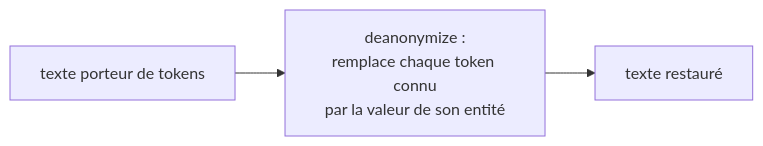
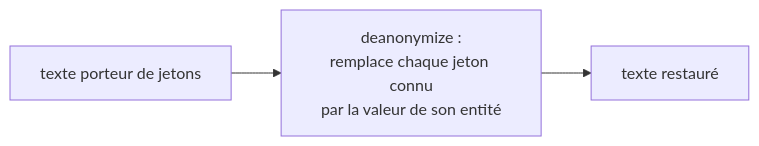
Before and after one commit to Athroniaeth/piighost: the fourth of 4 diagrams in docs/fr/conception.md, drawn with Mermaid. The commit also changed other lines of this file and 39 other files, not shown here.

````diff
--- a/docs/fr/conception.md
+++ b/docs/fr/conception.md
@@ -219,4 +219,4 @@
 ```mermaid
 flowchart LR
-    IN["texte porteur de tokens"] --> D["deanonymize :\nremplace chaque token connu\npar la valeur de son entité"] --> OUT["texte restauré"]
+    IN["texte porteur de jetons"] --> D["deanonymize :\nremplace chaque jeton connu\npar la valeur de son entité"] --> OUT["texte restauré"]
 ```
````
